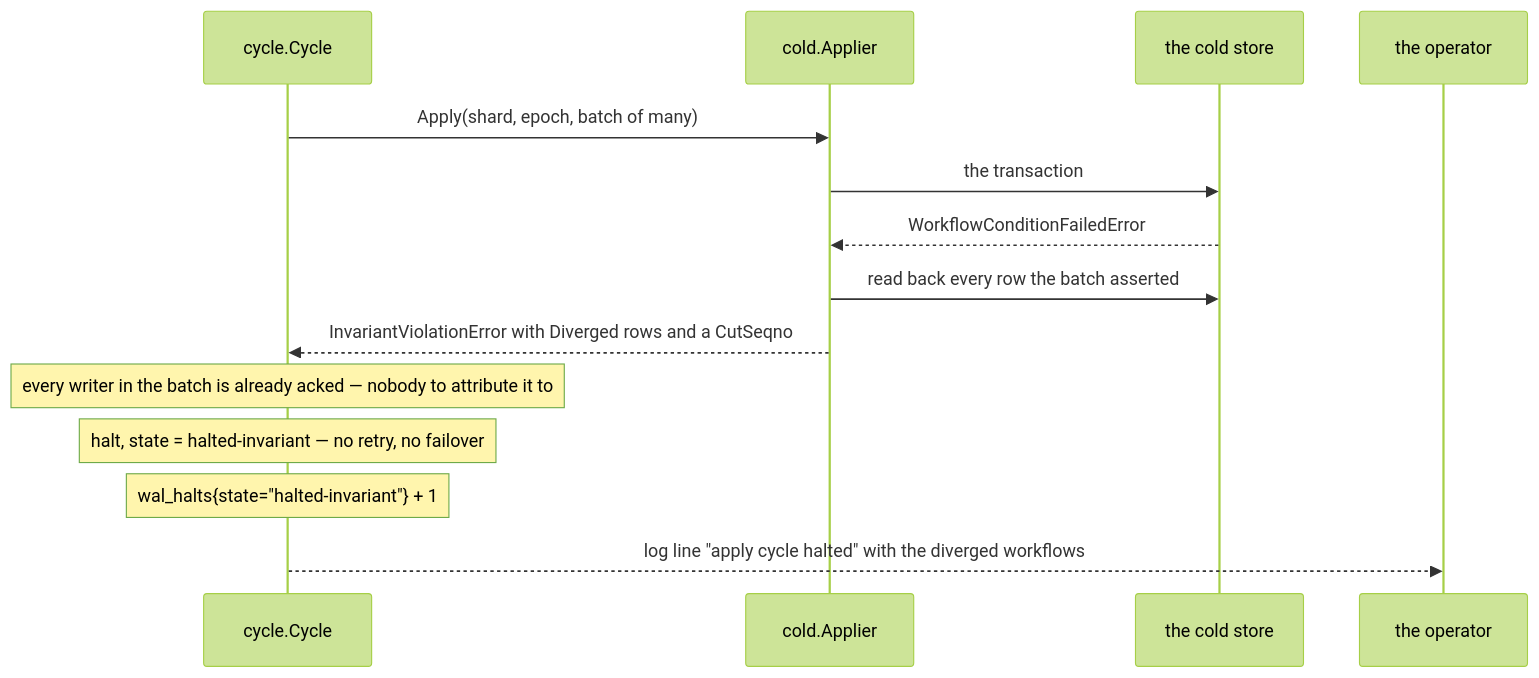
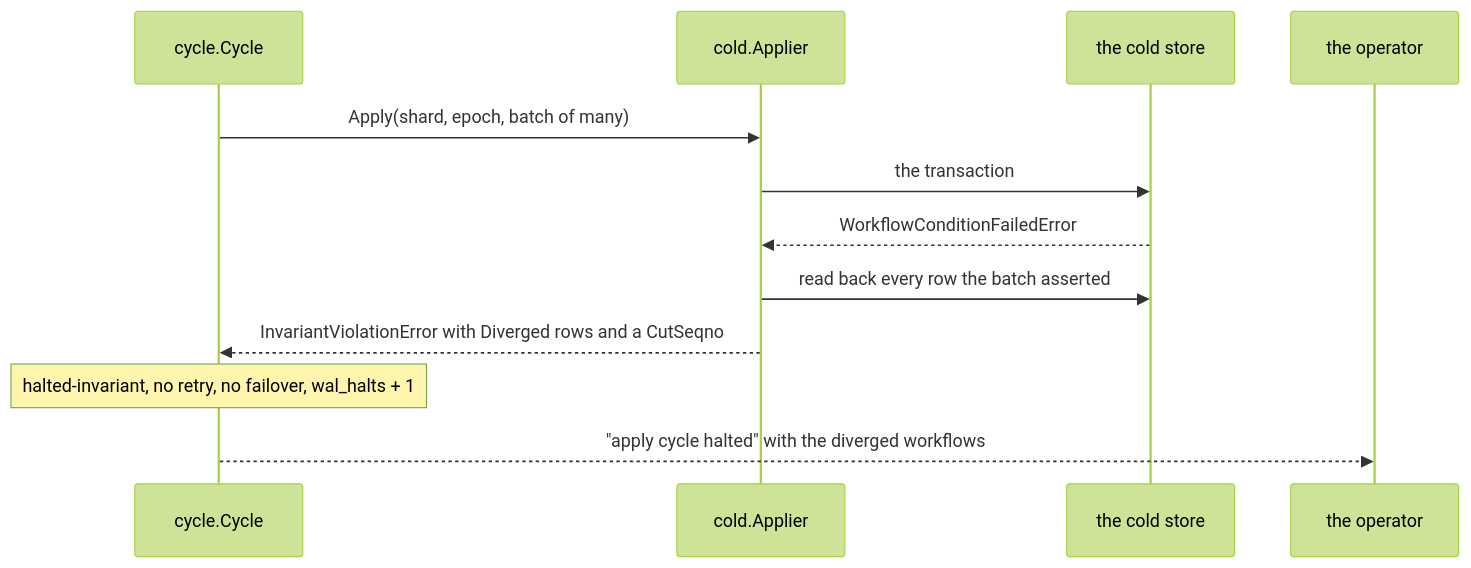
The seventh of 9 diagrams in docs/handbook/05-write-path.md (aromanovich/waltz), drawn with Mermaid (forest theme) before and after one commit. The commit also changed other lines of this file and 187 other files, not shown here.

````diff
--- a/docs/handbook/05-write-path.md
+++ b/docs/handbook/05-write-path.md
@@ -502,17 +421,15 @@
 ```mermaid
 sequenceDiagram
   participant CY as cycle.Cycle
   participant AP as cold.Applier
   participant CS as the cold store
   participant OP as the operator
 
   CY->>AP: Apply(shard, epoch, batch of many)
   AP->>CS: the transaction
   CS-->>AP: WorkflowConditionFailedError
   AP->>CS: read back every row the batch asserted
   AP-->>CY: InvariantViolationError with Diverged rows and a CutSeqno
-  Note over CY: every writer in the batch is already acked — nobody to attribute it to
-  Note over CY: halt, state = halted-invariant — no retry, no failover
-  Note over CY: wal_halts{state="halted-invariant"} + 1
-  CY-->>OP: log line "apply cycle halted" with the diverged workflows
+  Note over CY: halted-invariant, no retry, no failover, wal_halts + 1
+  CY-->>OP: "apply cycle halted" with the diverged workflows
 ```
````
